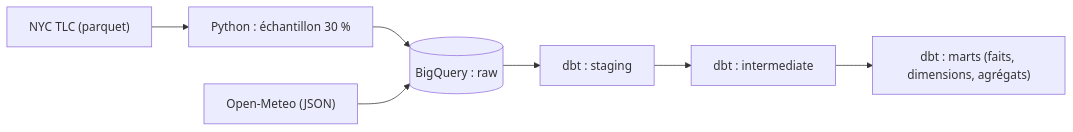
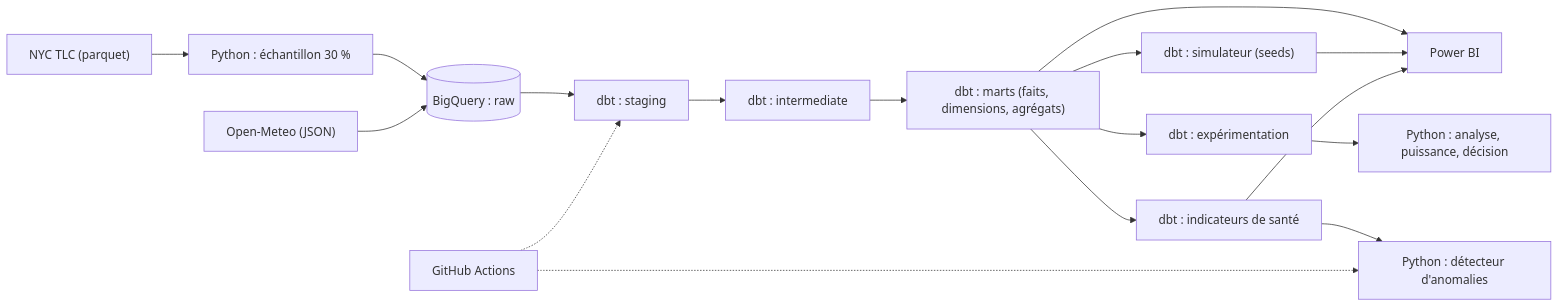
One commit to MhameDGHALI/rider-pay changed the diagram in README.md. Above: the diagram before and after it, drawn with Mermaid. The commit also changed other lines of this file and 5 other files, not shown here.

````diff
--- a/README.md
+++ b/README.md
@@ -47,9 +62,19 @@
 ```mermaid
 flowchart LR
     A["NYC TLC (parquet)"] --> B["Python : échantillon 30 %"]
     B --> C[("BigQuery : raw")]
     M["Open-Meteo (JSON)"] --> C
     C --> D["dbt : staging"]
     D --> E["dbt : intermediate"]
     E --> F["dbt : marts (faits, dimensions, agrégats)"]
+    F --> G["dbt : simulateur (seeds)"]
+    F --> H["dbt : expérimentation"]
+    F --> Q["dbt : indicateurs de santé"]
+    H --> P["Python : analyse, puissance, décision"]
+    Q --> R["Python : détecteur d'anomalies"]
+    F --> BI["Power BI"]
+    G --> BI
+    Q --> BI
+    CI["GitHub Actions"] -.-> D
+    CI -.-> R
 ```
````
